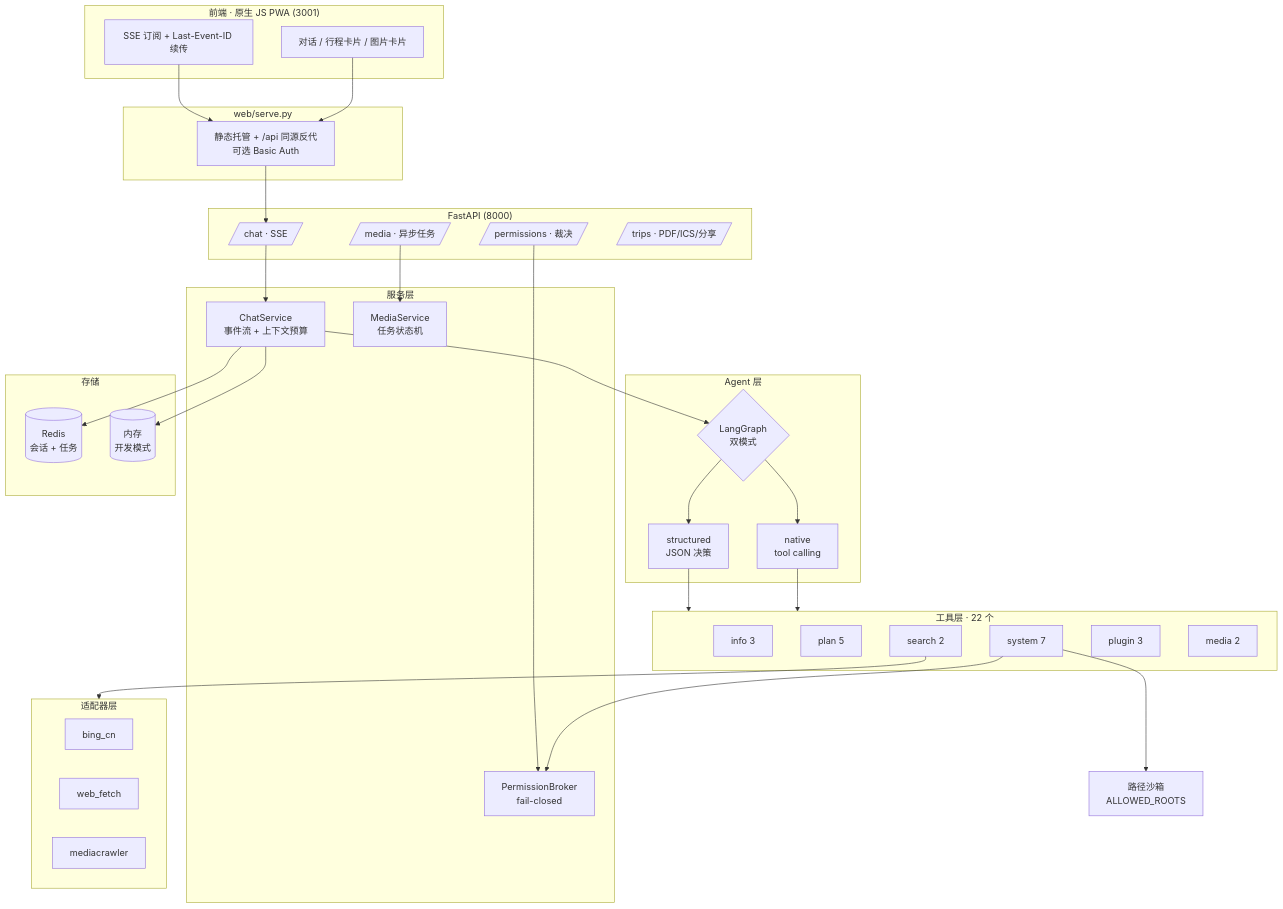
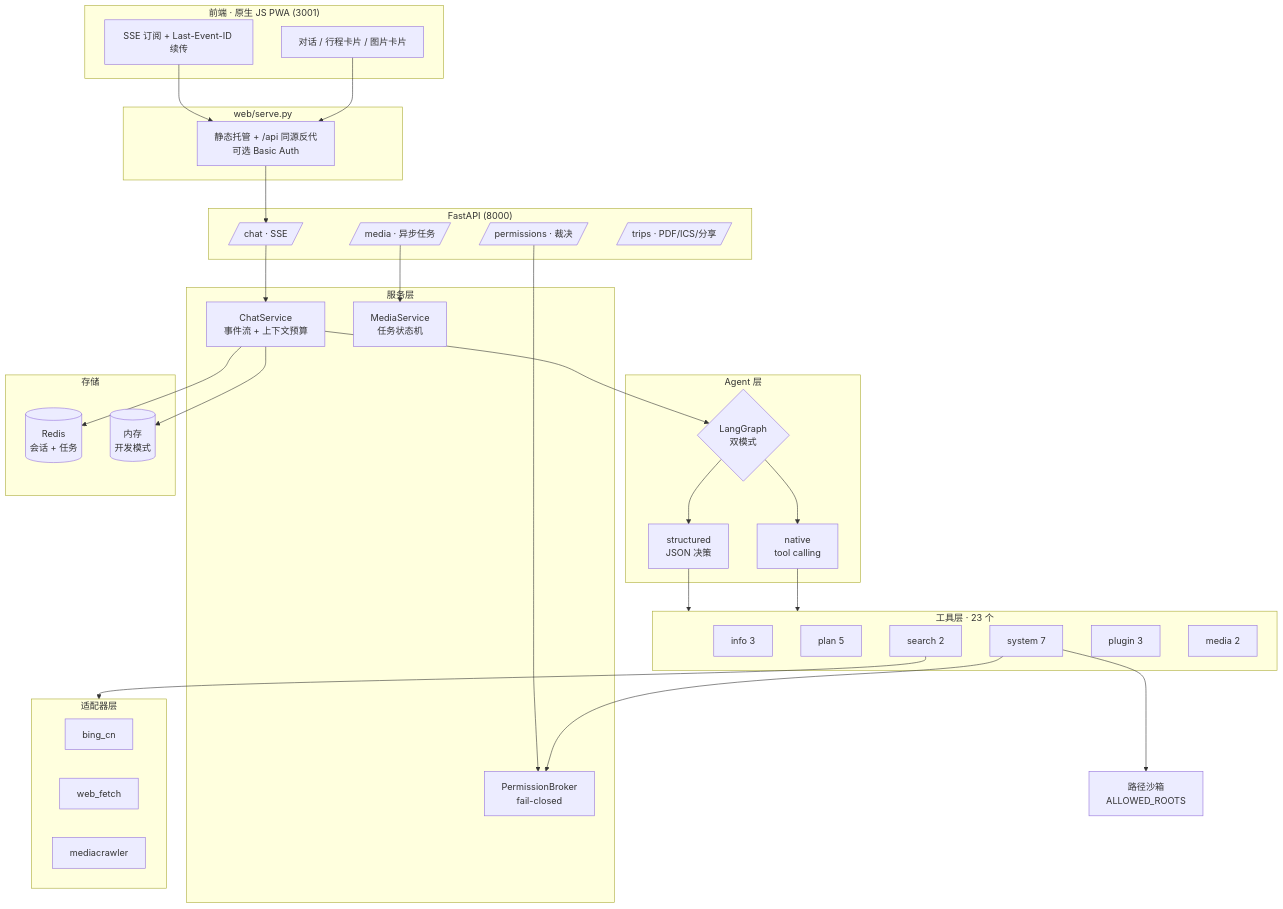
One commit to tongyuan34-ops/ocean-travel-agent changed the diagram in README.md. Above: the diagram before and after it, drawn with Mermaid. The commit also changed other lines of this file and 34 other files, not shown here.

````diff
--- a/README.md
+++ b/README.md
@@ -63,66 +63,66 @@
 ```mermaid
 flowchart TB
     subgraph client["前端 · 原生 JS PWA (3001)"]
         UI[对话 / 行程卡片 / 图片卡片]
         SSE[SSE 订阅 + Last-Event-ID 续传]
     end
 
     subgraph proxy["web/serve.py"]
         PX[静态托管 + /api 同源反代<br/>可选 Basic Auth]
     end
 
     subgraph api["FastAPI (8000)"]
         R1[/chat · SSE/]
         R2[/media · 异步任务/]
         R3[/permissions · 裁决/]
         R4[/trips · PDF/ICS/分享/]
     end
 
     subgraph core["服务层"]
         CS[ChatService<br/>事件流 + 上下文预算]
         PB[PermissionBroker<br/>fail-closed]
         MS[MediaService<br/>任务状态机]
     end
 
     subgraph agent["Agent 层"]
         G{LangGraph<br/>双模式}
         N[native<br/>tool calling]
         S[structured<br/>JSON 决策]
     end
 
-    subgraph tools["工具层 · 22 个"]
+    subgraph tools["工具层 · 23 个"]
         T1[info 3]
         T2[plan 5]
         T3[system 7]
         T4[search 2]
         T5[plugin 3]
         T6[media 2]
     end
 
     subgraph adapters["适配器层"]
         A1[bing_cn]
         A2[web_fetch]
         A3[mediacrawler]
     end
 
     subgraph store["存储"]
         RD[(Redis<br/>会话 + 任务)]
         MEM[(内存<br/>开发模式)]
     end
 
     UI --> PX --> R1
     SSE --> PX
     R1 --> CS
     CS --> G
     G --> N
     G --> S
     N --> tools
     S --> tools
     T4 --> adapters
     T3 --> SEC[路径沙箱<br/>ALLOWED_ROOTS]
     T3 --> PB
     R3 --> PB
     CS --> RD
     CS --> MEM
     R2 --> MS
 ```
````
